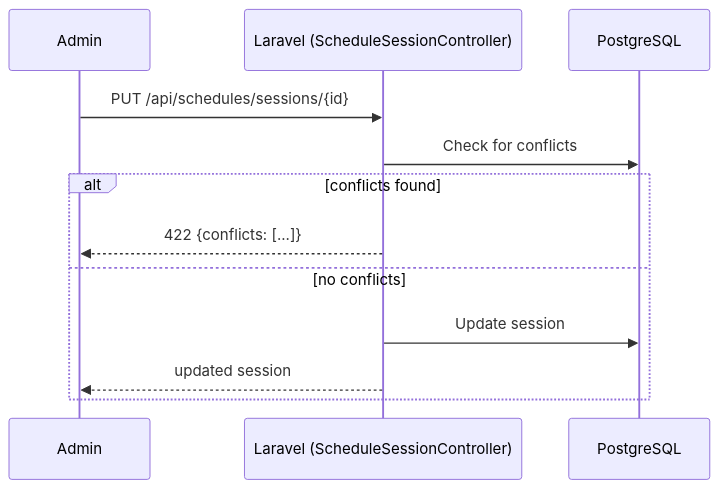
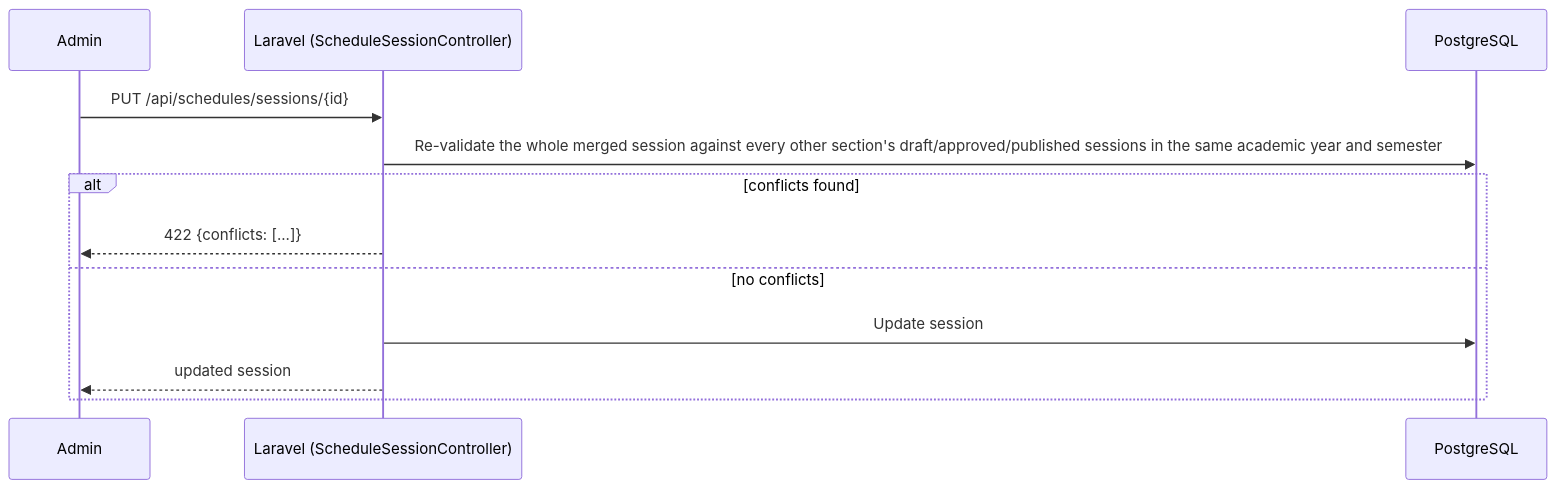
Before and after one commit to KiroOoo-arch/IT-faculty-scheduling-system: the third of 4 diagrams in documentation/System_Defense_Guide.md, drawn with Mermaid. The commit also changed other lines of this file and 23 other files, not shown here.

````diff
--- a/documentation/System_Defense_Guide.md
+++ b/documentation/System_Defense_Guide.md
@@ -142,15 +142,15 @@
 ```mermaid
 sequenceDiagram
     participant U as Admin
     participant L as Laravel (ScheduleSessionController)
     participant DB as PostgreSQL
 
     U->>L: PUT /api/schedules/sessions/{id}
-    L->>DB: Check for conflicts
+    L->>DB: Re-validate the whole merged session against every other section's draft/approved/published sessions in the same academic year and semester
     alt conflicts found
         L-->>U: 422 {conflicts: [...]}
     else no conflicts
         L->>DB: Update session
         L-->>U: updated session
     end
 ```
````
